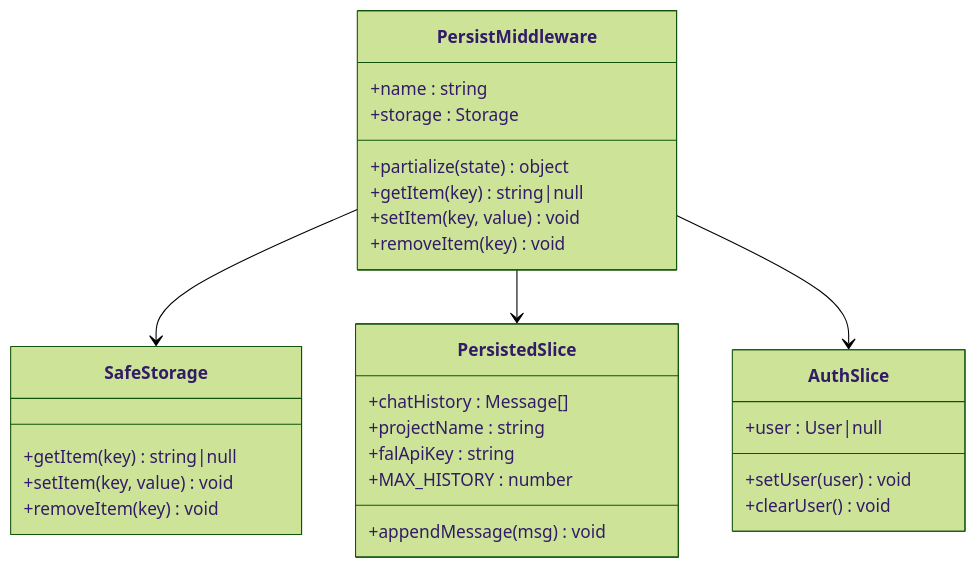
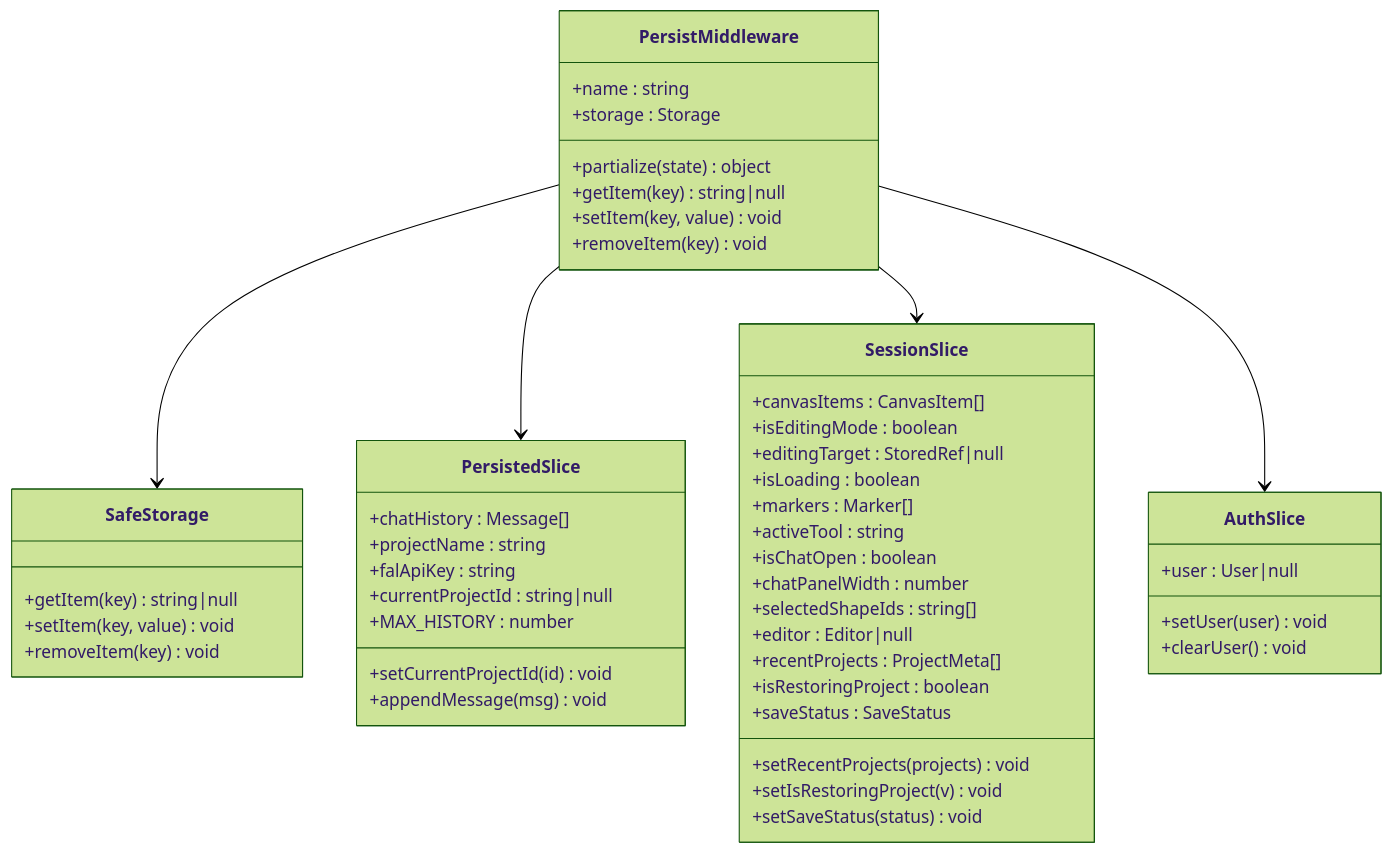
Diagram 25 of 29 in .qoder/repowiki/zh/content/状态管理系统.md (billye220670/BananaFlow2), drawn with Mermaid (forest theme) before and after one commit. The commit also changed other lines of this file and 12 other files, not shown here.

First line of the commit message:
fix: shimmer占位图全程覆盖 + 拖入无限循环修复

````diff
--- a/.qoder/repowiki/zh/content/状态管理系统.md
+++ b/.qoder/repowiki/zh/content/状态管理系统.md
@@ -644,31 +919,52 @@
 ```mermaid
 classDiagram
 class PersistMiddleware {
 +name : string
 +storage : Storage
 +partialize(state) object
 +getItem(key) string|null
 +setItem(key, value) void
 +removeItem(key) void
 }
 class SafeStorage {
 +getItem(key) string|null
 +setItem(key, value) void
 +removeItem(key) void
 }
 class PersistedSlice {
 +chatHistory : Message[]
 +projectName : string
 +falApiKey : string
++currentProjectId : string|null
++setCurrentProjectId(id) void
 +MAX_HISTORY : number
 +appendMessage(msg) void
+}
+class SessionSlice {
++canvasItems : CanvasItem[]
++isEditingMode : boolean
++editingTarget : StoredRef|null
++isLoading : boolean
++markers : Marker[]
++activeTool : string
++isChatOpen : boolean
++chatPanelWidth : number
++selectedShapeIds : string[]
++editor : Editor|null
++recentProjects : ProjectMeta[]
++setRecentProjects(projects) void
++isRestoringProject : boolean
++setIsRestoringProject(v) void
++saveStatus : SaveStatus
++setSaveStatus(status) void
 }
 class AuthSlice {
 +user : User|null
 +setUser(user) void
 +clearUser() void
 }
 PersistMiddleware --> SafeStorage
 PersistMiddleware --> PersistedSlice
+PersistMiddleware --> SessionSlice
 PersistMiddleware --> AuthSlice
 ```
````
